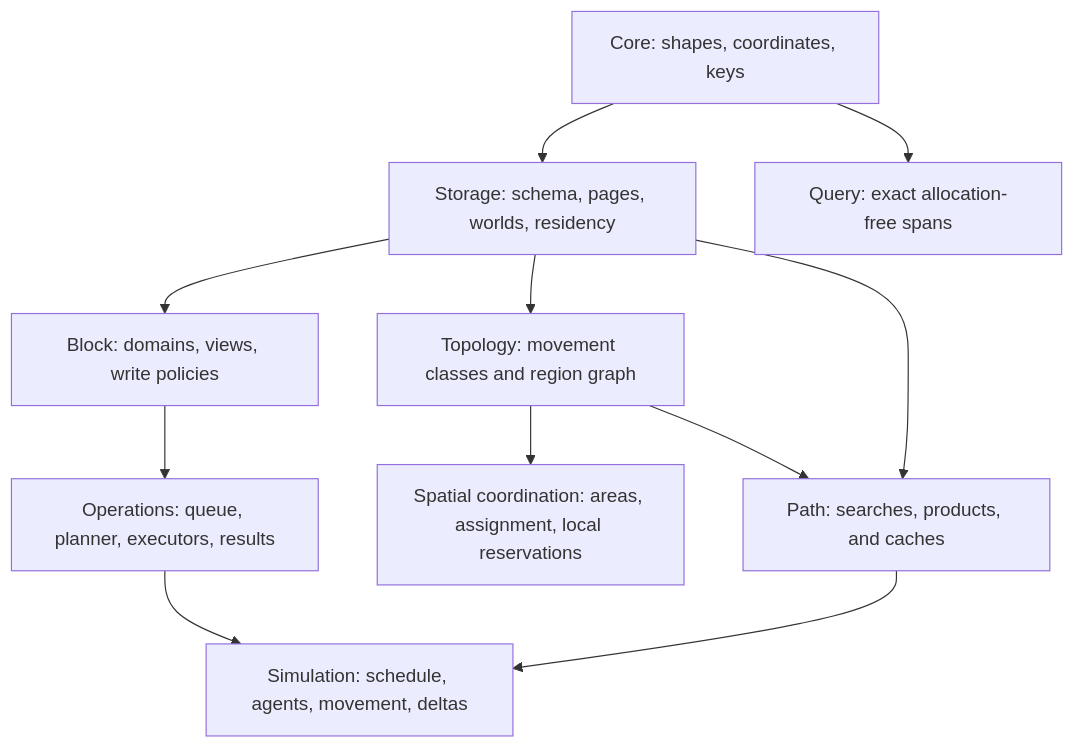
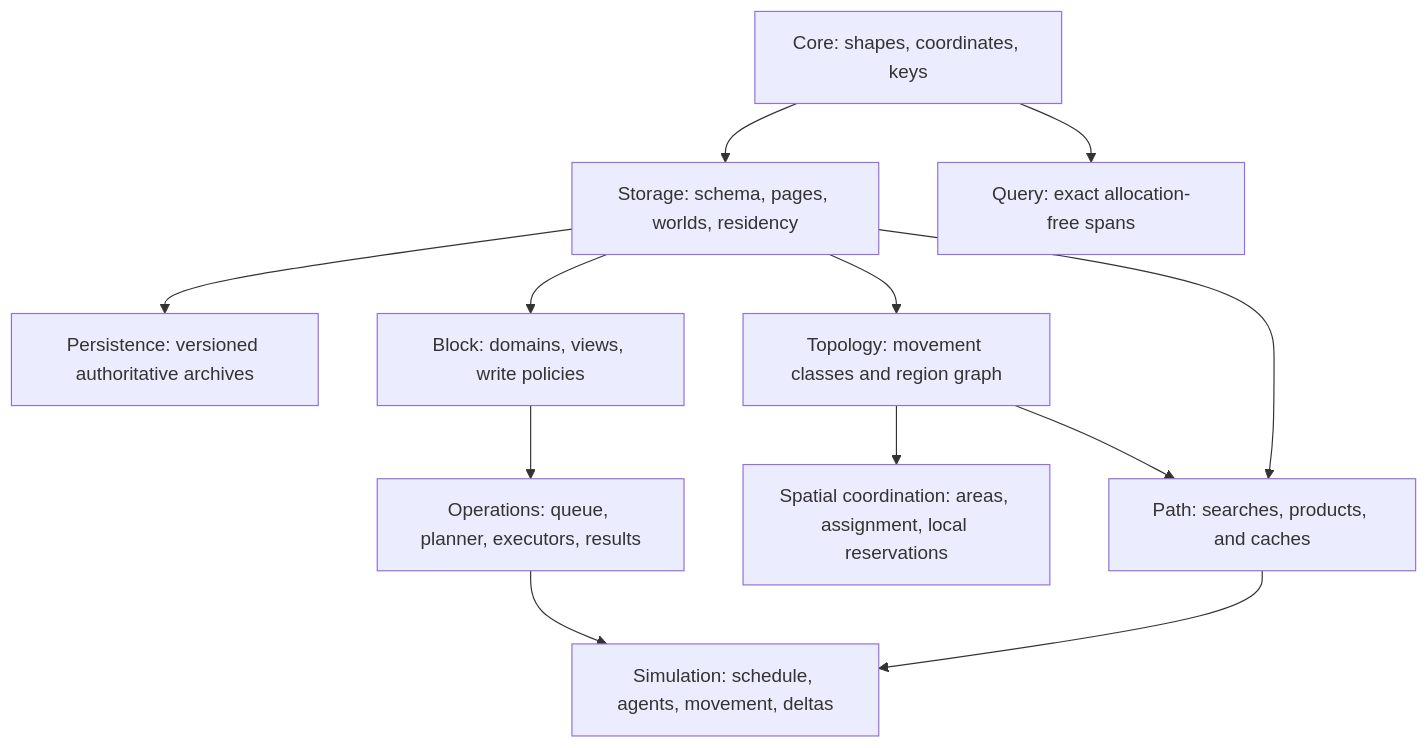
Before and after one commit to kindjie/tess: the first of 5 diagrams in docs/architecture/README.md, drawn with Mermaid. The commit also changed other lines of this file and 14 other files, not shown here.

Commit message:
Add versioned world persistence

````diff
--- a/docs/architecture/README.md
+++ b/docs/architecture/README.md
@@ -19,25 +19,27 @@
 ```mermaid
 flowchart TB
   accTitle: tess module dependency layers
   accDescr: Core and storage foundations support block operations and topology, which in turn support queued work, paths, and simulation.
 
   Core["Core: shapes, coordinates, keys"]
   Storage["Storage: schema, pages, worlds, residency"]
+  Persistence["Persistence: versioned authoritative archives"]
   Block["Block: domains, views, write policies"]
   Query["Query: exact allocation-free spans"]
   Ops["Operations: queue, planner, executors, results"]
   Topology["Topology: movement classes and region graph"]
   Spatial["Spatial coordination: areas, assignment, local reservations"]
   Path["Path: searches, products, and caches"]
   Sim["Simulation: schedule, agents, movement, deltas"]
   Core --> Storage
+  Storage --> Persistence
   Storage --> Block
   Core --> Query
   Storage --> Topology
   Block --> Ops
   Topology --> Path
   Topology --> Spatial
   Storage --> Path
   Ops --> Sim
   Path --> Sim
 ```
````
